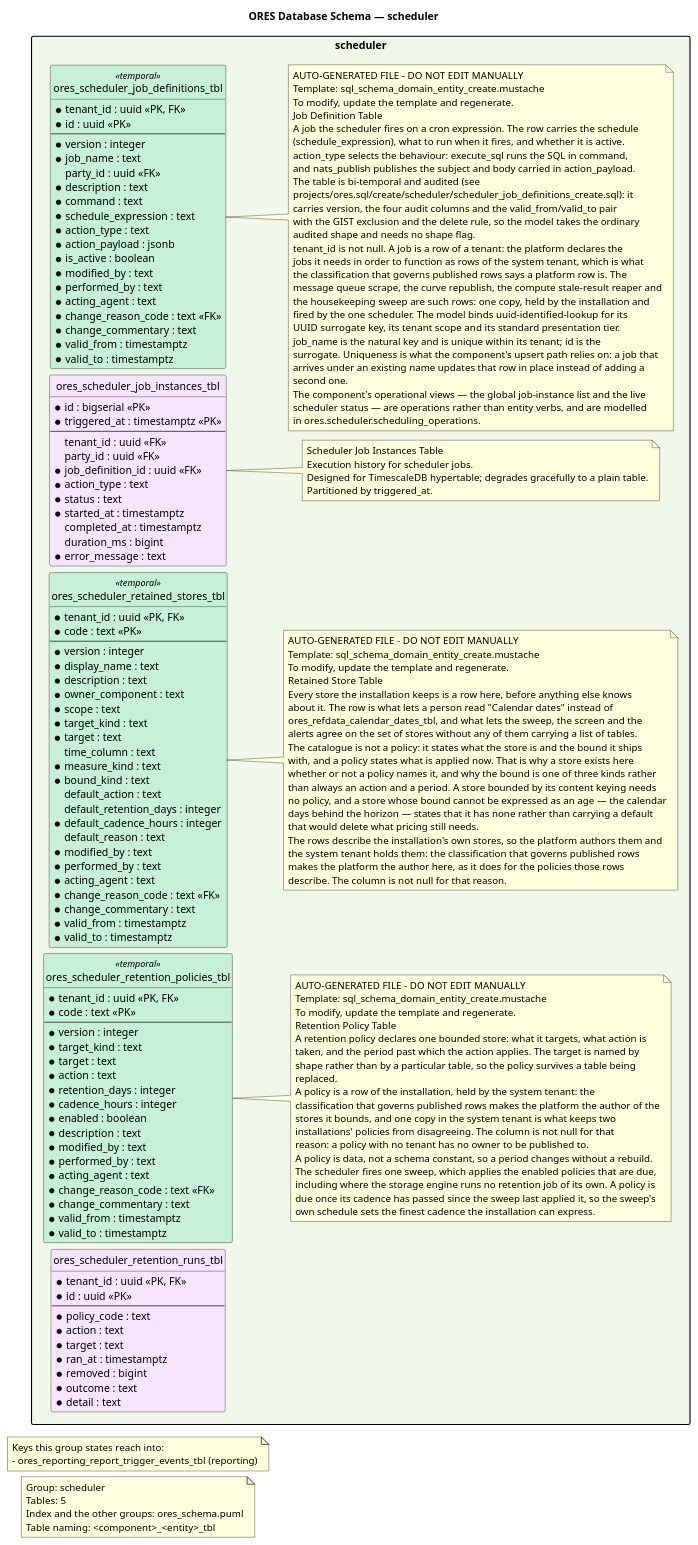
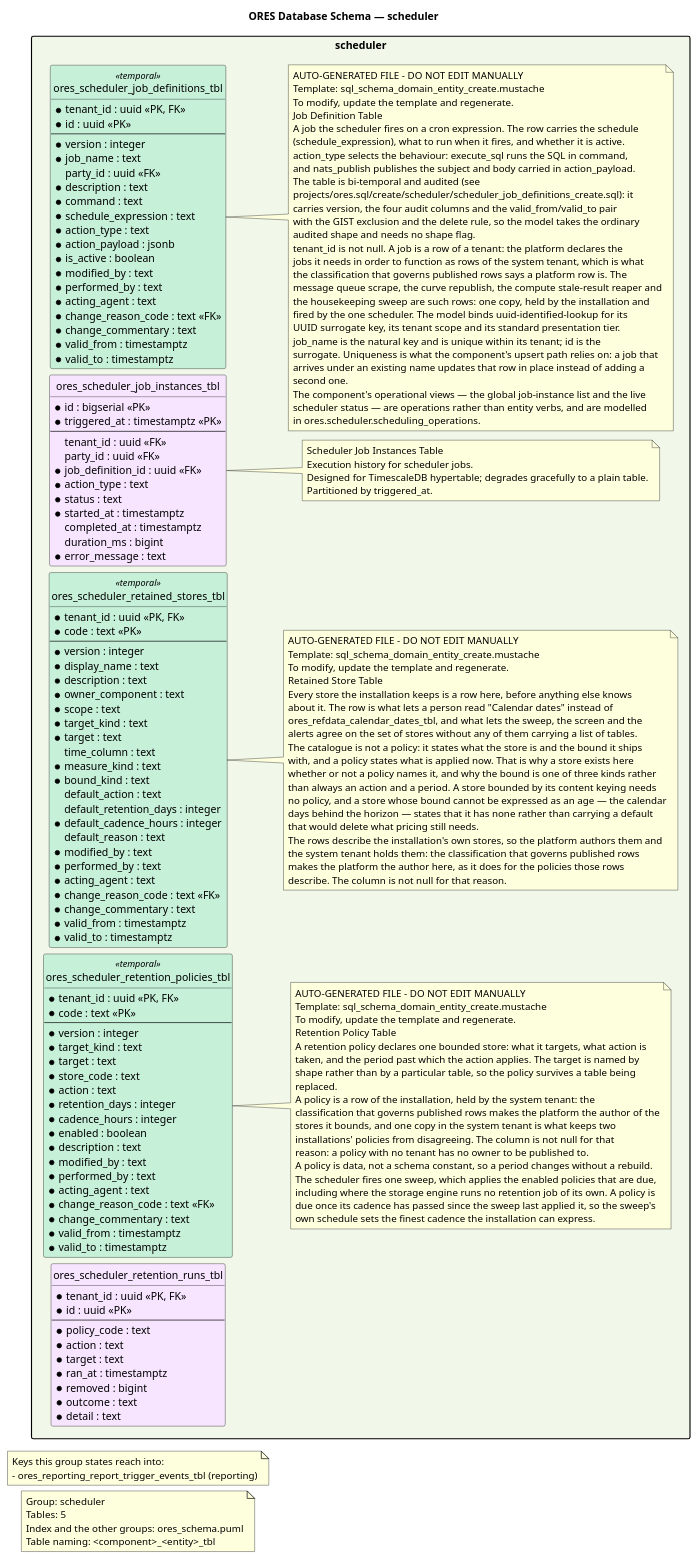
The diagram in projects/ores.sql/modeling/ores_schema.scheduler.puml (OreStudio/OreStudio), drawn with PlantUML before and after one commit. The commit also changed 21 other files, not shown here.

```diff
--- a/projects/ores.sql/modeling/ores_schema.scheduler.puml
+++ b/projects/ores.sql/modeling/ores_schema.scheduler.puml
@@ -176,6 +176,7 @@
         * version : integer
         * target_kind : text
         * target : text
+        * store_code : text
         * action : text
         * retention_days : integer
         * cadence_hours : integer
```
